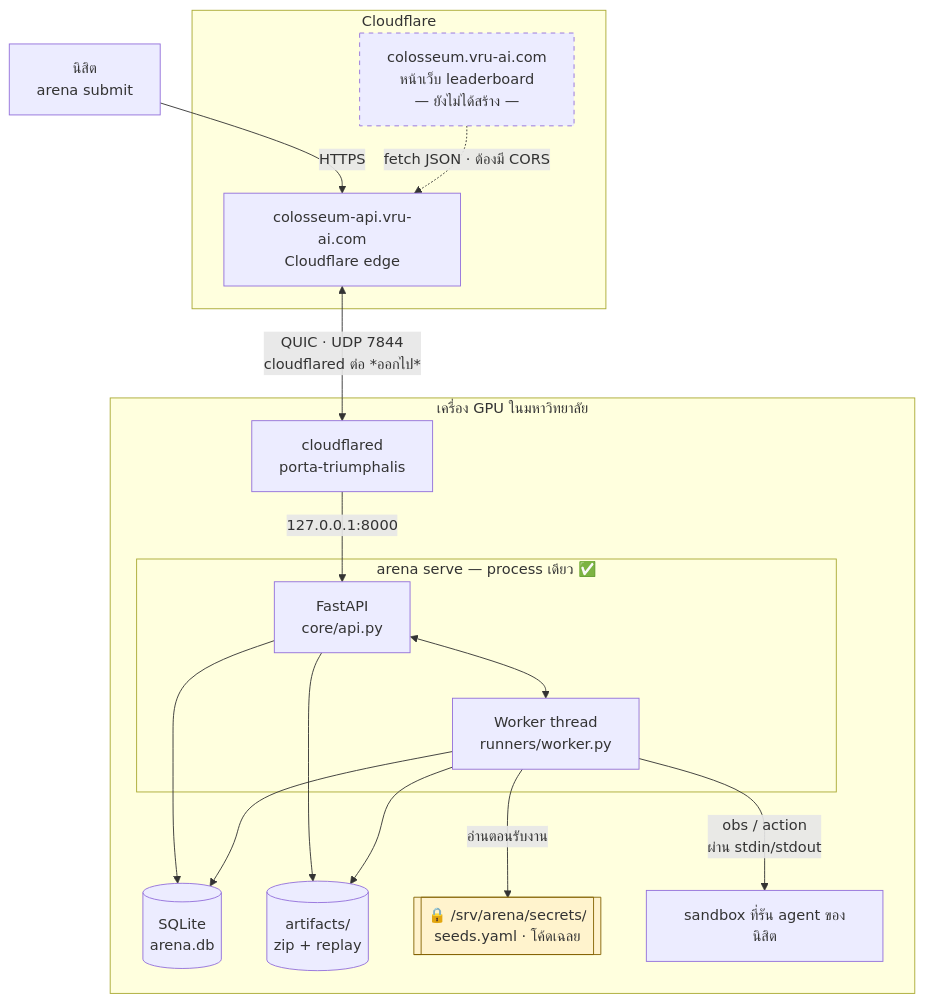
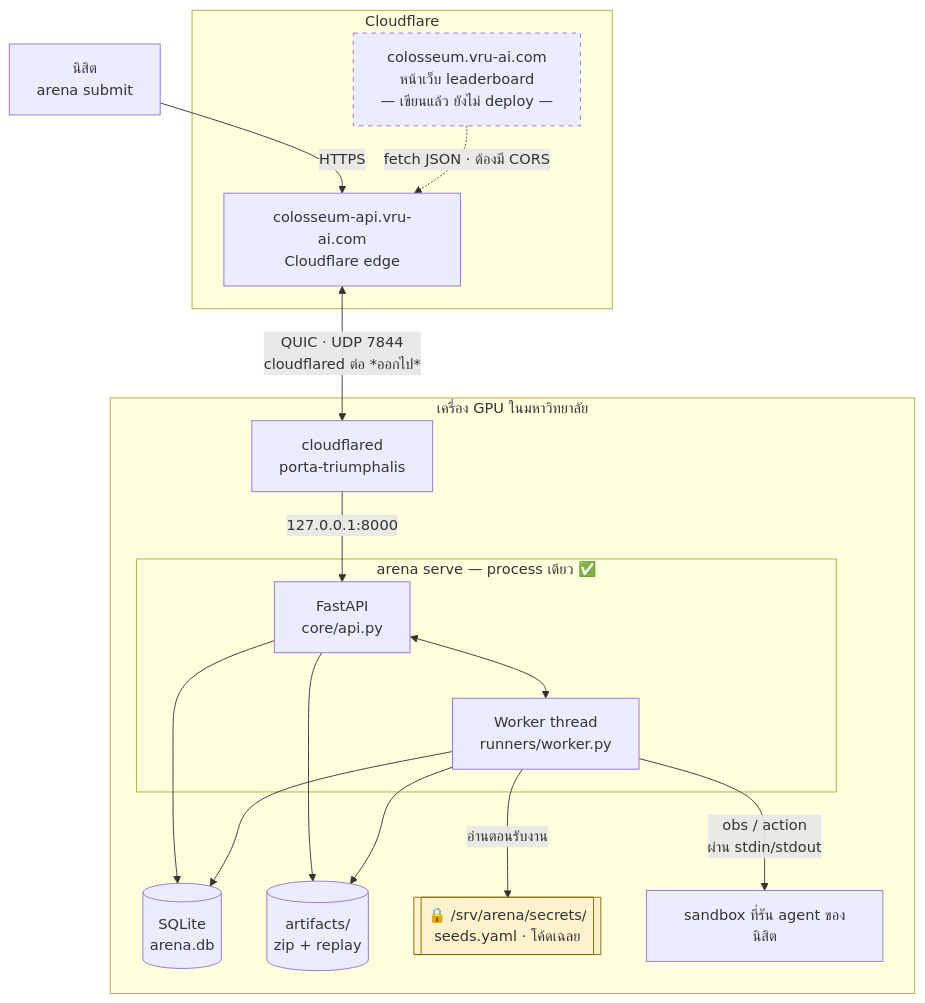
One commit to VRU-AI-SWU/colosseum-swu changed the first of 3 diagrams in docs/architecture.md. Above: the diagram before and after it, drawn with Mermaid. The commit also changed other lines of this file and 3 other files, not shown here.

````diff
--- a/docs/architecture.md
+++ b/docs/architecture.md
@@ -14,34 +14,34 @@
 ```mermaid
 flowchart TB
     subgraph cloud["Cloudflare"]
-        page["colosseum.vru-ai.com<br/>หน้าเว็บ leaderboard<br/>— ยังไม่ได้สร้าง —"]
+        page["colosseum.vru-ai.com<br/>หน้าเว็บ leaderboard<br/>— เขียนแล้ว ยังไม่ deploy —"]
         edge["colosseum-api.vru-ai.com<br/>Cloudflare edge"]
     end
 
     subgraph uni["เครื่อง GPU ในมหาวิทยาลัย"]
         cfd["cloudflared<br/>porta-triumphalis"]
         subgraph proc["arena serve — process เดียว ✅"]
             api["FastAPI<br/>core/api.py"]
             worker["Worker thread<br/>runners/worker.py"]
         end
         db[("SQLite<br/>arena.db")]
         art[("artifacts/<br/>zip + replay")]
         secrets[["🔒 /srv/arena/secrets/<br/>seeds.yaml · โค้ดเฉลย"]]
         sandbox["sandbox ที่รัน agent ของนิสิต"]
     end
 
     student["นิสิต<br/>arena submit"] -->|"HTTPS"| edge
     page -.->|"fetch JSON · ต้องมี CORS"| edge
     edge <-->|"QUIC · UDP 7844<br/>cloudflared ต่อ *ออกไป*"| cfd
     cfd -->|"127.0.0.1:8000"| api
     api <--> worker
     api --> db
     worker --> db
     api --> art
     worker --> art
     worker -->|"อ่านตอนรับงาน"| secrets
     worker -->|"obs / action<br/>ผ่าน stdin/stdout"| sandbox
 
     style page stroke-dasharray: 5 5
     style secrets fill:#fff3cd,stroke:#856404
 ```
````
